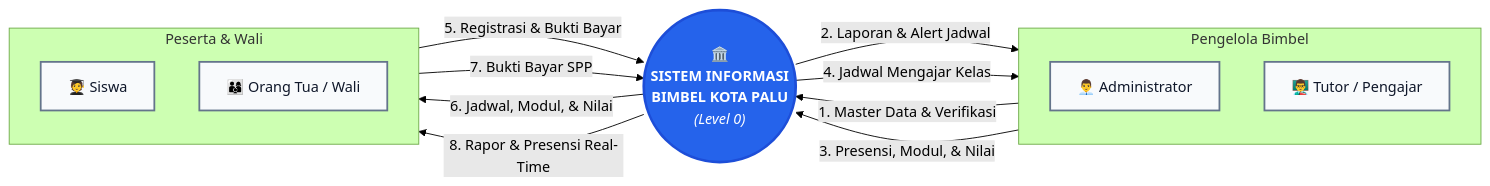
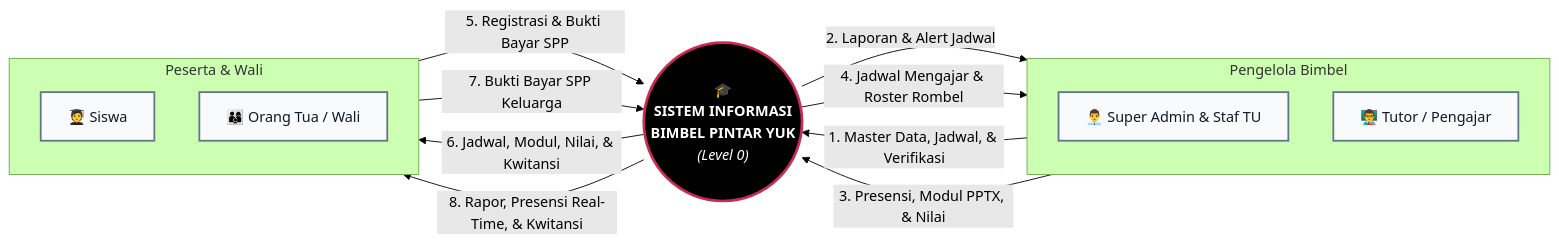
Before and after one commit to mohyusfi/bimbel-rpl: the diagram in dfd/context_diagram.md, drawn with Mermaid (forest theme). The commit also changed other lines of this file and 30 other files, not shown here.

First line of the commit message:
refactor(branding): perbarui nama anemone menjadi pintar yuk

````diff
--- a/dfd/context_diagram.md
+++ b/dfd/context_diagram.md
@@ -10,42 +9,42 @@
 ```mermaid
 flowchart LR
     %% Entitas Sisi Kiri: Pengelola Bimbel
     subgraph Pihak_Internal["Pengelola Bimbel"]
         direction TB
-        ADMIN["👨‍💼 Administrator"]
+        ADMIN["👨‍💼 Super Admin & Staf TU"]
         TUTOR["👨‍🏫 Tutor / Pengajar"]
     end
 
     %% Sistem di Tengah
-    SYSTEM(("🏛️<br/><b>SISTEM INFORMASI<br/>BIMBEL KOTA PALU</b><br/><i>(Level 0)</i>"))
+    SYSTEM(("🎓<br/><b>SISTEM INFORMASI<br/>BIMBEL PINTAR YUK</b><br/><i>(Level 0)</i>"))
 
     %% Entitas Sisi Kanan: Peserta & Wali
     subgraph Pihak_Eksternal["Peserta & Wali"]
         direction TB
         STUDENT["🧑‍🎓 Siswa"]
         PARENT["👨‍👩‍👦 Orang Tua / Wali"]
     end
 
     %% Aliran Data Admin
-    ADMIN -->|"1. Master Data & Verifikasi"| SYSTEM
+    ADMIN -->|"1. Master Data, Jadwal, & Verifikasi"| SYSTEM
     SYSTEM -->|"2. Laporan & Alert Jadwal"| ADMIN
 
     %% Aliran Data Tutor
-    TUTOR -->|"3. Presensi, Modul, & Nilai"| SYSTEM
-    SYSTEM -->|"4. Jadwal Mengajar Kelas"| TUTOR
+    TUTOR -->|"3. Presensi, Modul PPTX, & Nilai"| SYSTEM
+    SYSTEM -->|"4. Jadwal Mengajar & Roster Rombel"| TUTOR
 
     %% Aliran Data Siswa
-    STUDENT -->|"5. Registrasi & Bukti Bayar"| SYSTEM
-    SYSTEM -->|"6. Jadwal, Modul, & Nilai"| STUDENT
+    STUDENT -->|"5. Registrasi & Bukti Bayar SPP"| SYSTEM
+    SYSTEM -->|"6. Jadwal, Modul, Nilai, & Kwitansi"| STUDENT
 
     %% Aliran Data Orang Tua
-    PARENT -->|"7. Bukti Bayar SPP"| SYSTEM
-    SYSTEM -->|"8. Rapor & Presensi Real-Time"| PARENT
+    PARENT -->|"7. Bukti Bayar SPP Keluarga"| SYSTEM
+    SYSTEM -->|"8. Rapor, Presensi Real-Time, & Kwitansi"| PARENT
 
-    %% Styling visual agar kontras dan mudah dibaca
-    style SYSTEM fill:#2563eb,stroke:#1d4ed8,stroke-width:3px,color:#ffffff
+    %% Styling visual Poster Kontras Tinggi
+    style SYSTEM fill:#000000,stroke:#CB2957,stroke-width:3px,color:#ffffff
     style ADMIN fill:#f8fafc,stroke:#64748b,stroke-width:2px,color:#0f172a
     style TUTOR fill:#f8fafc,stroke:#64748b,stroke-width:2px,color:#0f172a
     style STUDENT fill:#f8fafc,stroke:#64748b,stroke-width:2px,color:#0f172a
     style PARENT fill:#f8fafc,stroke:#64748b,stroke-width:2px,color:#0f172a
 ```
````
